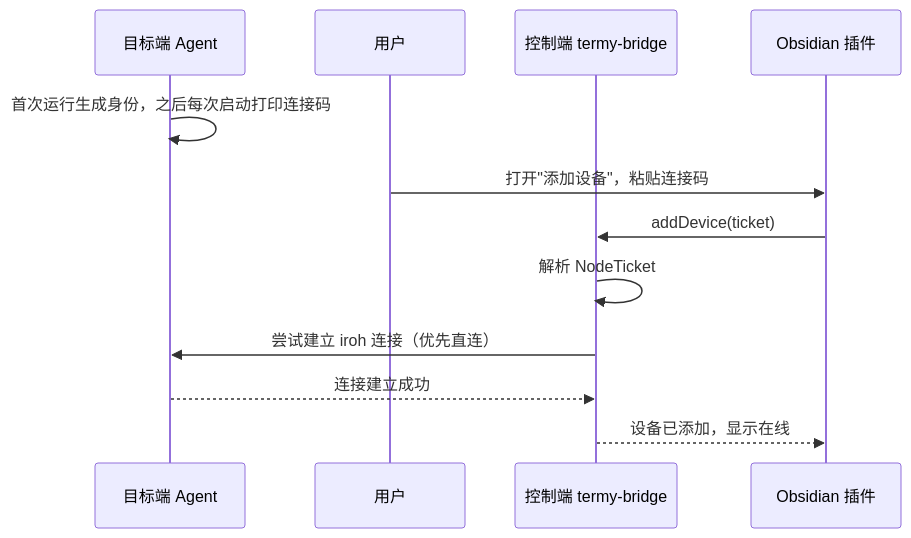
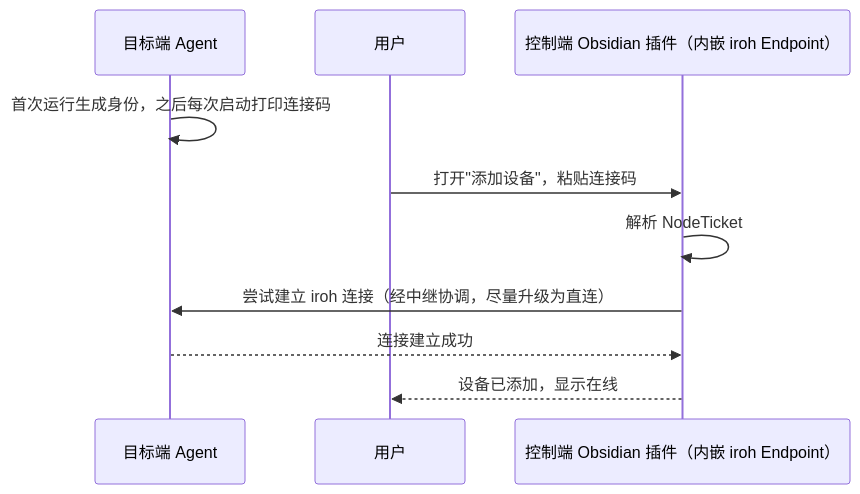
Before and after one commit to Cyber-bike/termesh: the third of 7 diagrams in Docs/实现方案 - 开发版 v2.0.md, drawn with Mermaid. The commit also changed other lines of this file, not shown here.

````diff
--- a/Docs/实现方案 - 开发版 v2.0.md
+++ b/Docs/实现方案 - 开发版 v2.0.md
@@ -135,15 +135,13 @@
 ```mermaid
 sequenceDiagram
     participant Agent as 目标端 Agent
     participant User as 用户
-    participant Bridge as 控制端 termy-bridge
-    participant Plugin as Obsidian 插件
+    participant Plugin as 控制端 Obsidian 插件（内嵌 iroh Endpoint）
 
     Agent->>Agent: 首次运行生成身份，之后每次启动打印连接码
     User->>Plugin: 打开"添加设备"，粘贴连接码
-    Plugin->>Bridge: addDevice(ticket)
-    Bridge->>Bridge: 解析 NodeTicket
-    Bridge->>Agent: 尝试建立 iroh 连接（优先直连）
-    Agent-->>Bridge: 连接建立成功
-    Bridge-->>Plugin: 设备已添加，显示在线
+    Plugin->>Plugin: 解析 NodeTicket
+    Plugin->>Agent: 尝试建立 iroh 连接（经中继协调，尽量升级为直连）
+    Agent-->>Plugin: 连接建立成功
+    Plugin-->>User: 设备已添加，显示在线
 ```
````
